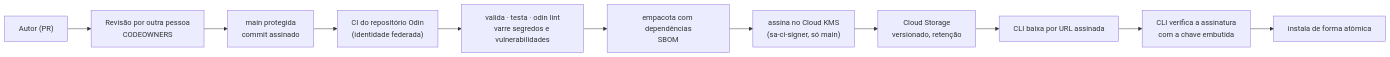
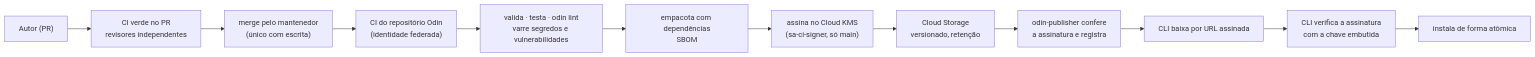
The diagram in docs/seguranca/05-cadeia-de-suprimentos.md (brunotrolo/Salesforce_Odin_MCP_Squad), drawn with Mermaid before and after one commit. The commit also changed other lines of this file and 73 other files, not shown here.

First line of the commit message:
ADR 0018: arquitetura enxuta por estágios de custo, contratos em schema e governança

````diff
--- a/docs/seguranca/05-cadeia-de-suprimentos.md
+++ b/docs/seguranca/05-cadeia-de-suprimentos.md
@@ -8,13 +8,14 @@
 ```mermaid
 flowchart LR
-  A["Autor (PR)"] --> B["Revisão por outra pessoa<br/>CODEOWNERS"]
-  B --> C["main protegida<br/>commit assinado"]
+  A["Autor (PR)"] --> B["CI verde no PR<br/>revisores independentes"]
+  B --> C["merge pelo mantenedor<br/>(único com escrita)"]
   C --> D["CI do repositório Odin<br/>(identidade federada)"]
   D --> E["valida · testa · odin lint<br/>varre segredos e vulnerabilidades"]
   E --> F["empacota com dependências<br/>SBOM"]
   F --> G["assina no Cloud KMS<br/>(sa-ci-signer, só main)"]
   G --> H["Cloud Storage<br/>versionado, retenção"]
-  H --> I["CLI baixa por URL assinada"]
+  H --> P["odin-publisher confere<br/>a assinatura e registra"]
+  P --> I["CLI baixa por URL assinada"]
   I --> J["CLI verifica a assinatura<br/>com a chave embutida"]
   J --> K["instala de forma atômica"]
 ```
````
